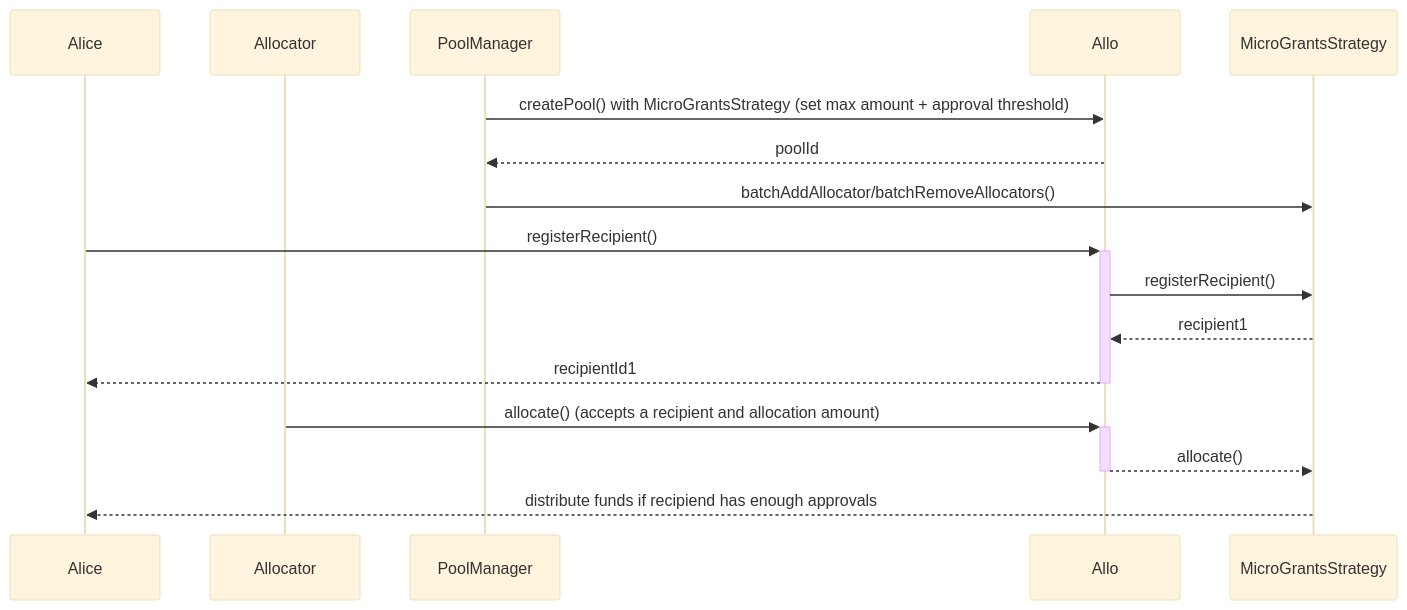
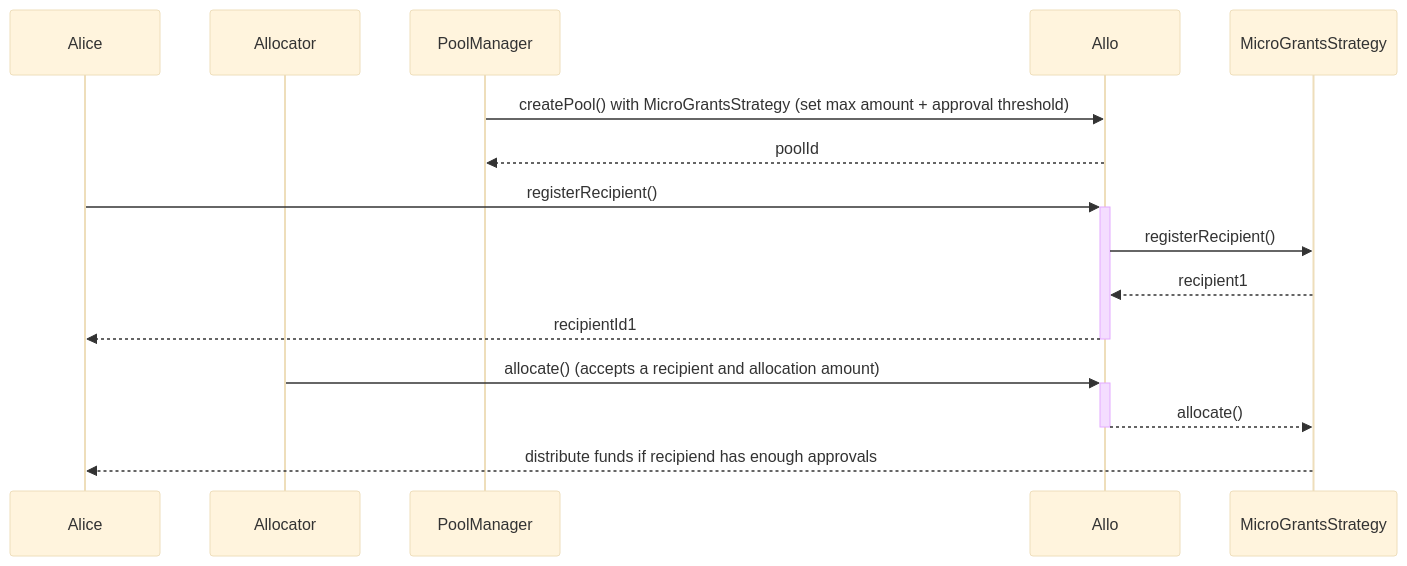
One commit to allo-protocol/allo-v2 changed the first of 2 diagrams in contracts/strategies/_poc/micro-grants/README.md. Above: the diagram before and after it, drawn with Mermaid (base theme). The commit also changed other lines of this file, not shown here.

````diff
--- a/contracts/strategies/_poc/micro-grants/README.md
+++ b/contracts/strategies/_poc/micro-grants/README.md
@@ -30,19 +35,18 @@
 ```mermaid
 sequenceDiagram
     participant Alice
     participant Allocator
     participant PoolManager
     participant Allo
     participant MicroGrantsStrategy
 
     PoolManager->>Allo: createPool() with MicroGrantsStrategy (set max amount + approval threshold)
     Allo-->>PoolManager: poolId
-    PoolManager->>MicroGrantsStrategy: batchAddAllocator/batchRemoveAllocators()
     Alice->>+Allo: registerRecipient()
     Allo->>MicroGrantsStrategy: registerRecipient()
     MicroGrantsStrategy-->>Allo: recipient1
     Allo-->>-Alice: recipientId1
     Allocator->>+Allo: allocate() (accepts a recipient and allocation amount)
     Allo-->>-MicroGrantsStrategy: allocate() 
     MicroGrantsStrategy-->>Alice: distribute funds if recipiend has enough approvals
 ```
````
